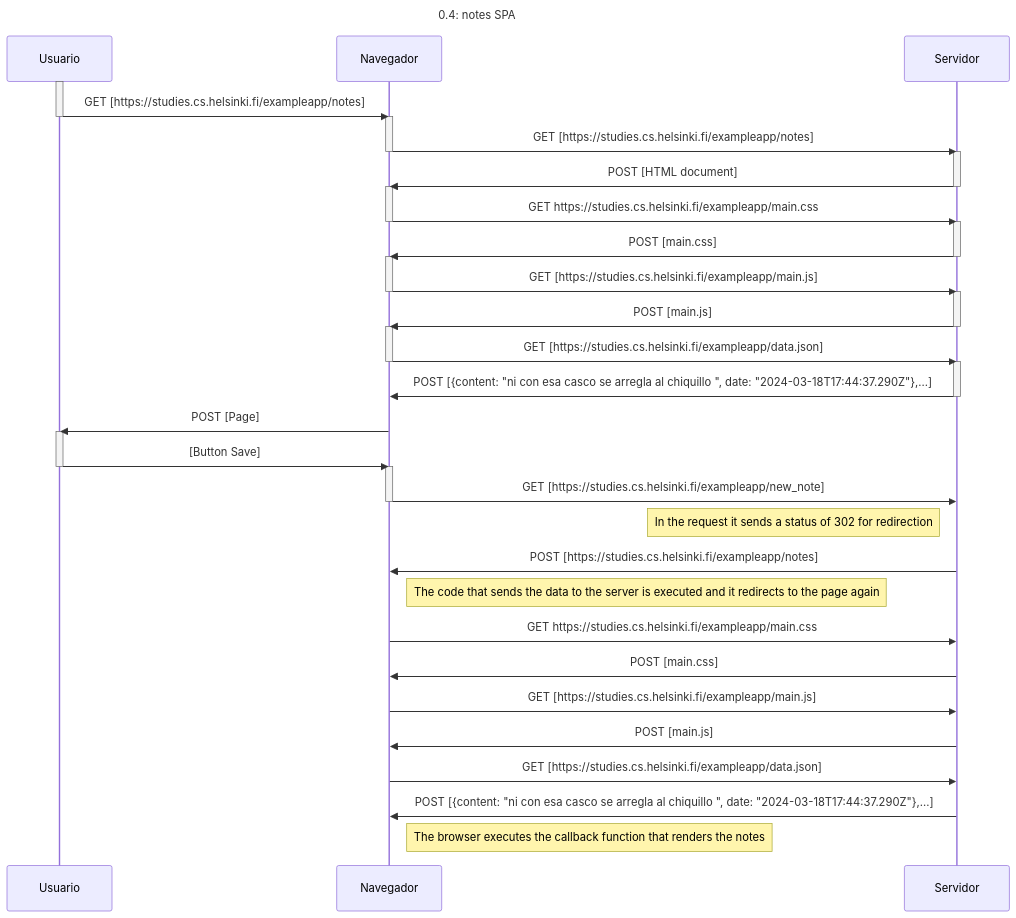
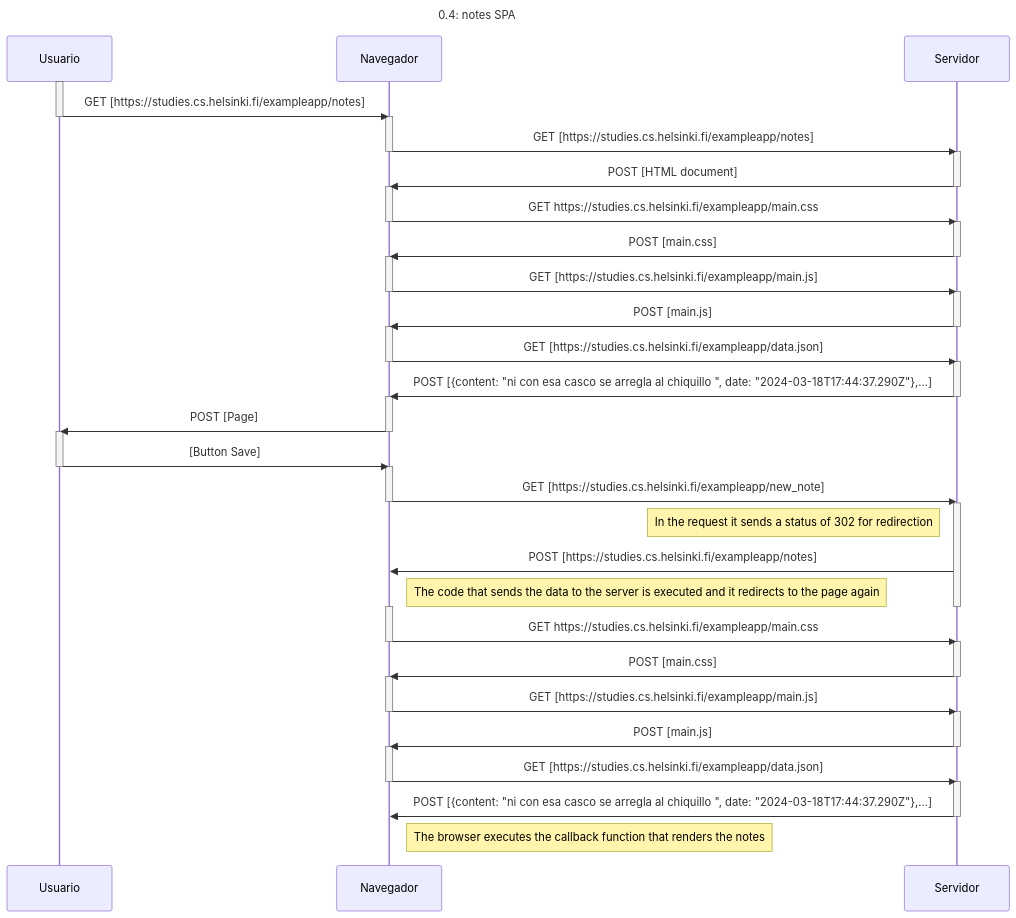
Before and after one commit to thecrusher2345/Full-Stack-Open-2023: the diagram in 0.4: Nuevo diagrama de nota.md, drawn with Mermaid.

Commit message:
Update 0.4: Nuevo diagrama de nota.md

````diff
--- a/0.4: Nuevo diagrama de nota.md
+++ b/0.4: Nuevo diagrama de nota.md
@@ -3,68 +3,85 @@
 ```mermaid
 sequenceDiagram
     Title: 0.4: notes SPA
 
     participant Usuario
     participant Navegador
     participant Servidor
     
 
     activate Usuario
     Usuario->>Navegador: GET [https://studies.cs.helsinki.fi/exampleapp/notes]
     deactivate Usuario
     activate Navegador
     Navegador->>Servidor: GET [https://studies.cs.helsinki.fi/exampleapp/notes]
     deactivate Navegador
     activate Servidor
     Servidor->>Navegador: POST [HTML document]
     deactivate Servidor
 
     activate Navegador
     Navegador->>Servidor: GET https://studies.cs.helsinki.fi/exampleapp/main.css
     deactivate Navegador
     activate Servidor
     Servidor->>Navegador: POST [main.css]
     deactivate Servidor
 
     activate Navegador
     Navegador->>Servidor: GET [https://studies.cs.helsinki.fi/exampleapp/main.js]
     deactivate Navegador
     activate Servidor
     Servidor->>Navegador: POST [main.js]
     deactivate Servidor
 
     activate Navegador
     Navegador->>Servidor: GET [https://studies.cs.helsinki.fi/exampleapp/data.json]
     deactivate Navegador
     activate Servidor
     Servidor->>Navegador: POST [{content: "ni con esa casco se arregla al chiquillo ", date: "2024-03-18T17:44:37.290Z"},...]
     deactivate Servidor
 
+    activate Navegador
     Navegador->>Usuario: POST [Page]
+    deactivate Navegador
     activate Usuario
     Usuario->>Navegador: [Button Save]
     deactivate Usuario
 
 
     activate Navegador
     Navegador->>Servidor: GET [https://studies.cs.helsinki.fi/exampleapp/new_note]
     deactivate Navegador
+    activate Servidor
 Note left of Servidor: In the request it sends a status of 302 for redirection
     Servidor->>Navegador: POST [https://studies.cs.helsinki.fi/exampleapp/notes]
 Note right of Navegador: The code that sends the data to the server is executed and it redirects to the page again
+    deactivate Servidor
 
+    
+    activate Navegador
     Navegador->>Servidor: GET https://studies.cs.helsinki.fi/exampleapp/main.css
+    deactivate Navegador
+    activate Servidor
     Servidor->>Navegador: POST [main.css]
+    deactivate Servidor
 
+    activate Navegador
     Navegador->>Servidor: GET [https://studies.cs.helsinki.fi/exampleapp/main.js]
+    deactivate Navegador
+    activate Servidor
     Servidor->>Navegador: POST [main.js]
+    deactivate Servidor
 
-     Navegador->>Servidor: GET [https://studies.cs.helsinki.fi/exampleapp/data.json]
+    activate Navegador
+    Navegador->>Servidor: GET [https://studies.cs.helsinki.fi/exampleapp/data.json]
+    deactivate Navegador
+    activate Servidor
     Servidor->>Navegador: POST [{content: "ni con esa casco se arregla al chiquillo ", date: "2024-03-18T17:44:37.290Z"},...]
+    deactivate Servidor
     Note right of Navegador: The browser executes the callback function that renders the notes
 
     
     
 
 
 ```
````
